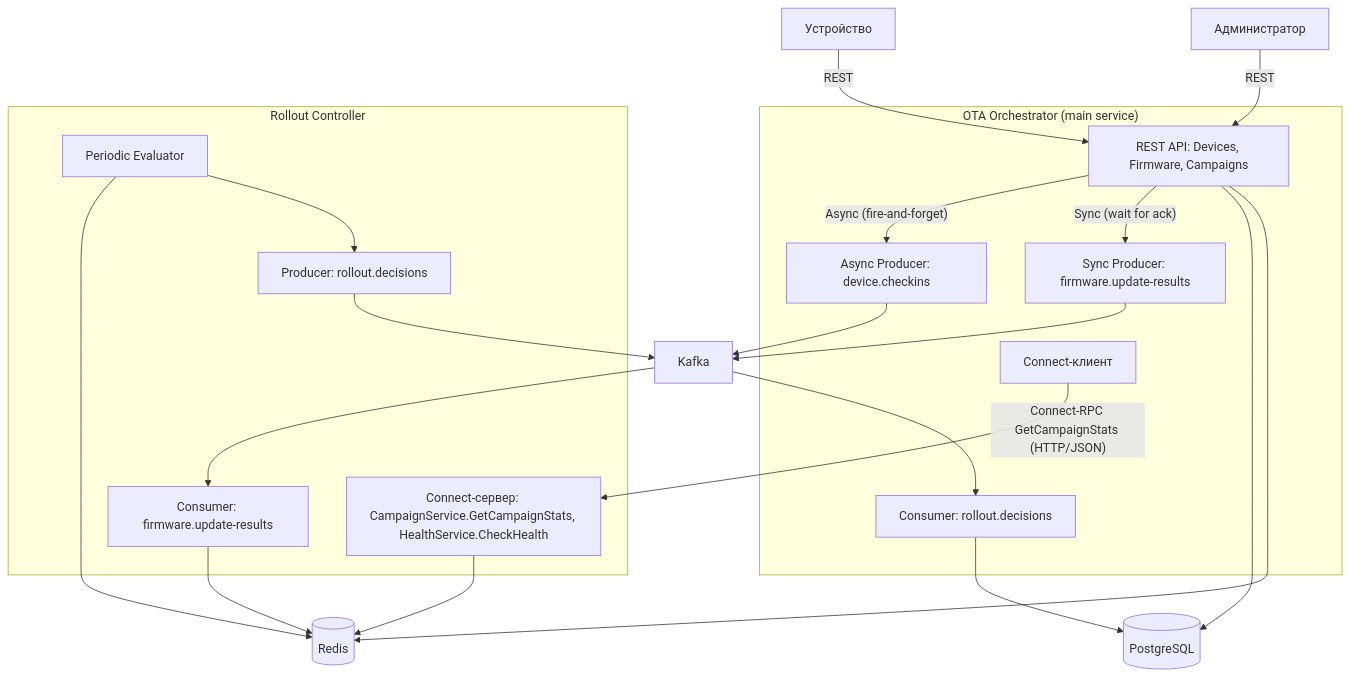
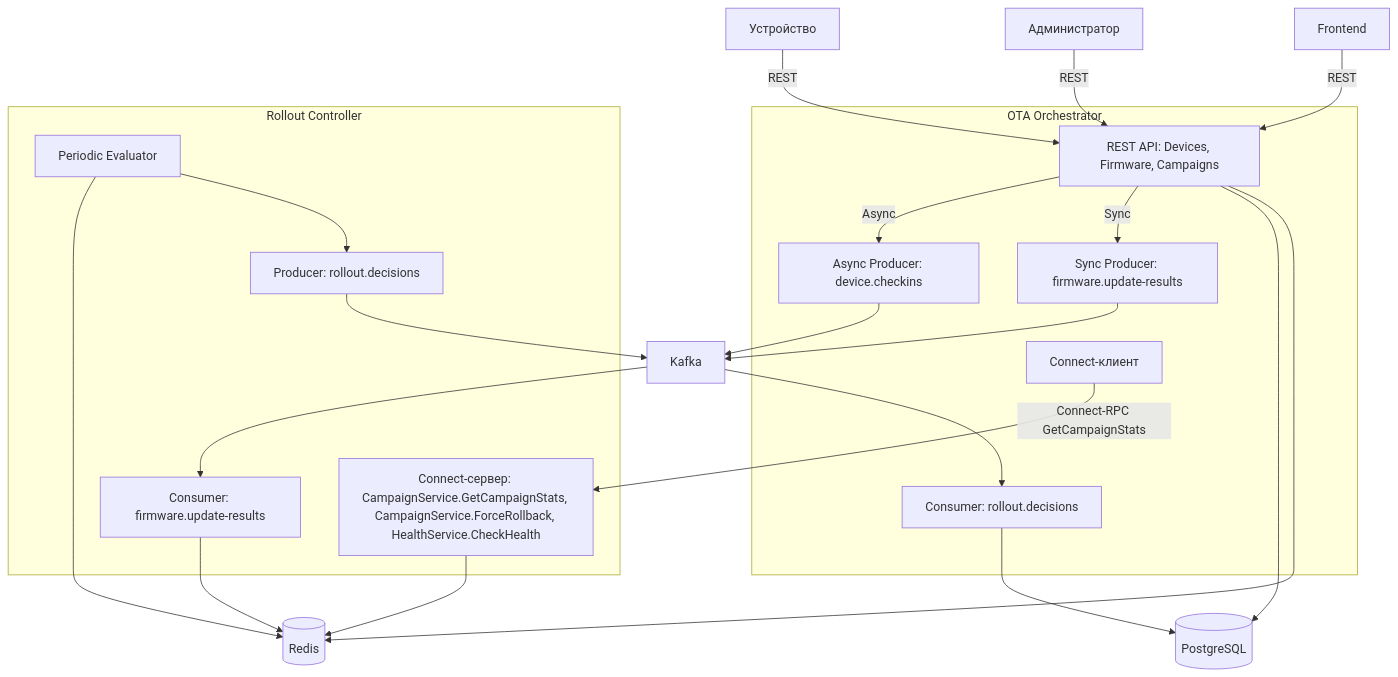
The diagram in Задание/Схемы/Общие/Архитектура системы.mmd (Arondy/OTA-Firmware-Orchestrator), drawn with Mermaid before and after one commit. The commit also changed 3 other files, not shown here.

Commit message:
feat(diagram): обновлены схемы

```diff
--- a/Задание/Схемы/Общие/Архитектура системы.mmd
+++ b/Задание/Схемы/Общие/Архитектура системы.mmd
@@ -1,46 +1,48 @@
 flowchart TB
     DEV["Устройство"]
     ADM["Администратор"]
+    BRW["Frontend"]
 
-    subgraph MAIN["OTA Orchestrator (main service)"]
+    subgraph MAIN["OTA Orchestrator"]
         REST["REST API: Devices, Firmware, Campaigns"]
         CC["Connect-клиент"]
         CONS["Consumer: rollout.decisions"]
         PA["Async Producer: device.checkins"]
         PS["Sync Producer: firmware.update-results"]
     end
 
     subgraph CTRL["Rollout Controller"]
-        SRV["Connect-сервер: CampaignService.GetCampaignStats, HealthService.CheckHealth"]
+        SRV["Connect-сервер: CampaignService.GetCampaignStats, CampaignService.ForceRollback, HealthService.CheckHealth"]
         EV["Periodic Evaluator"]
         PD["Producer: rollout.decisions"]
         CU["Consumer: firmware.update-results"]
     end
 
     PG[("PostgreSQL")]
     RD[("Redis")]
     KF["Kafka"]
 
     DEV -- "REST" --> REST
     ADM -- "REST" --> REST
+    BRW -- "REST" --> REST
 
-    REST -- "Async (fire-and-forget)" --> PA
-    REST -- "Sync (wait for ack)" --> PS
+    REST -- "Async" --> PA
+    REST -- "Sync" --> PS
     PA --> KF
     PS --> KF
 
     REST --> PG
     REST --> RD
 
     KF --> CONS
     CONS --> PG
 
     KF --> CU
     CU --> RD
 
     EV --> RD
     EV --> PD
     PD --> KF
 
-    CC -- "Connect-RPC GetCampaignStats (HTTP/JSON)" --> SRV
+    CC -- "Connect-RPC GetCampaignStats" --> SRV
     SRV --> RD
```
